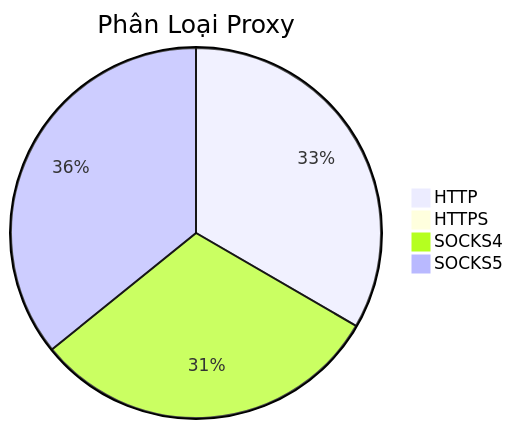
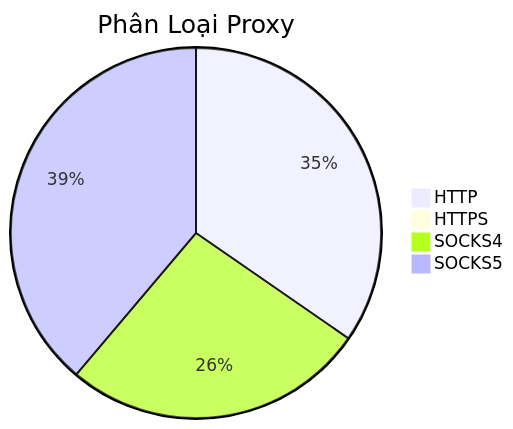
The diagram in README.md (Ciara-12/PROXY-free), drawn with Mermaid before and after one commit. The commit also changed other lines of this file and 4 other files, not shown here.

````diff
--- a/README.md
+++ b/README.md
@@ -26,7 +26,7 @@
 ```mermaid
 pie title Phân Loại Proxy
-    "HTTP" : 300
+    "HTTP" : 347
     "HTTPS" : 2
-    "SOCKS4" : 277
-    "SOCKS5" : 322
+    "SOCKS4" : 266
+    "SOCKS5" : 389
 ```
````
